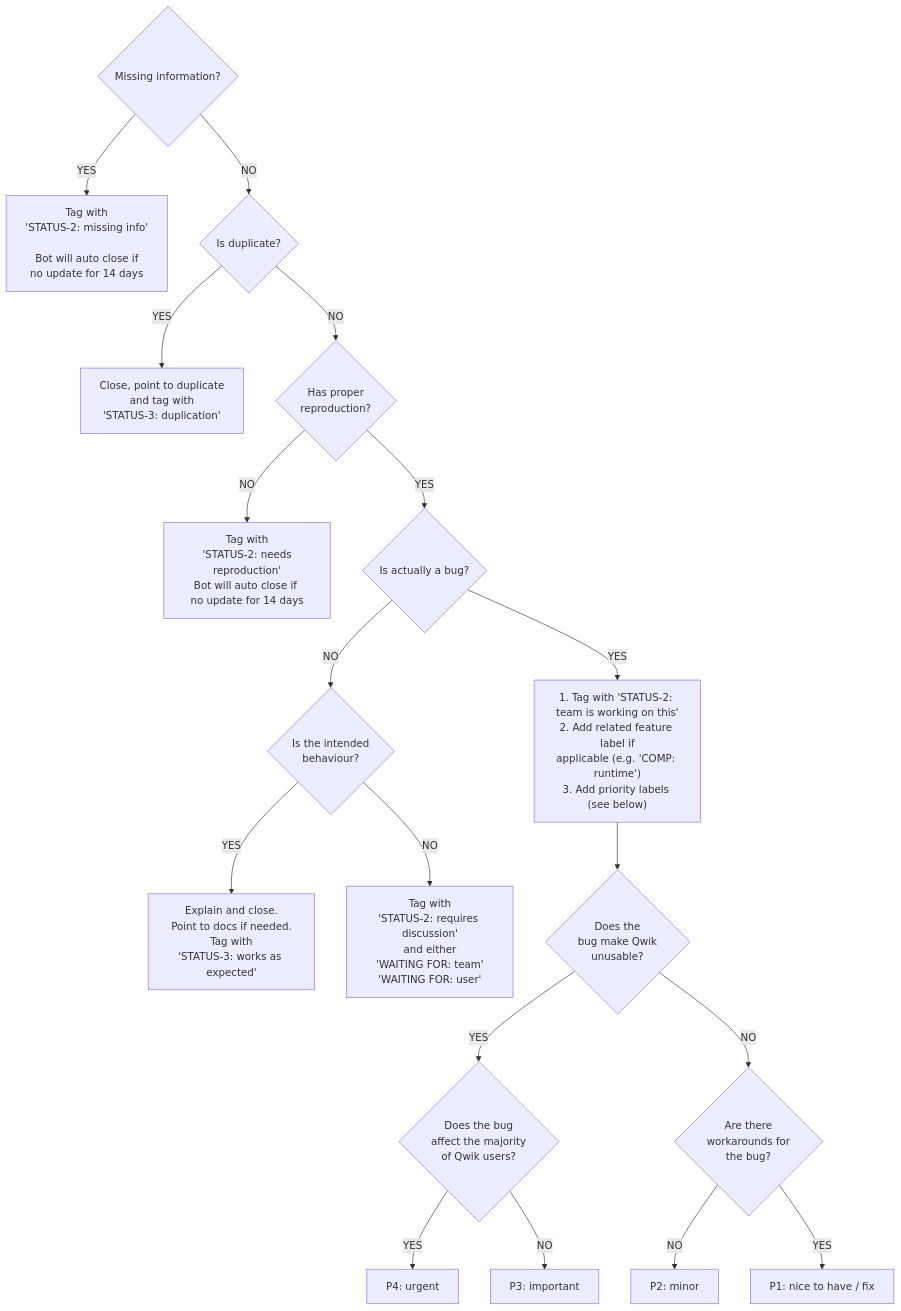
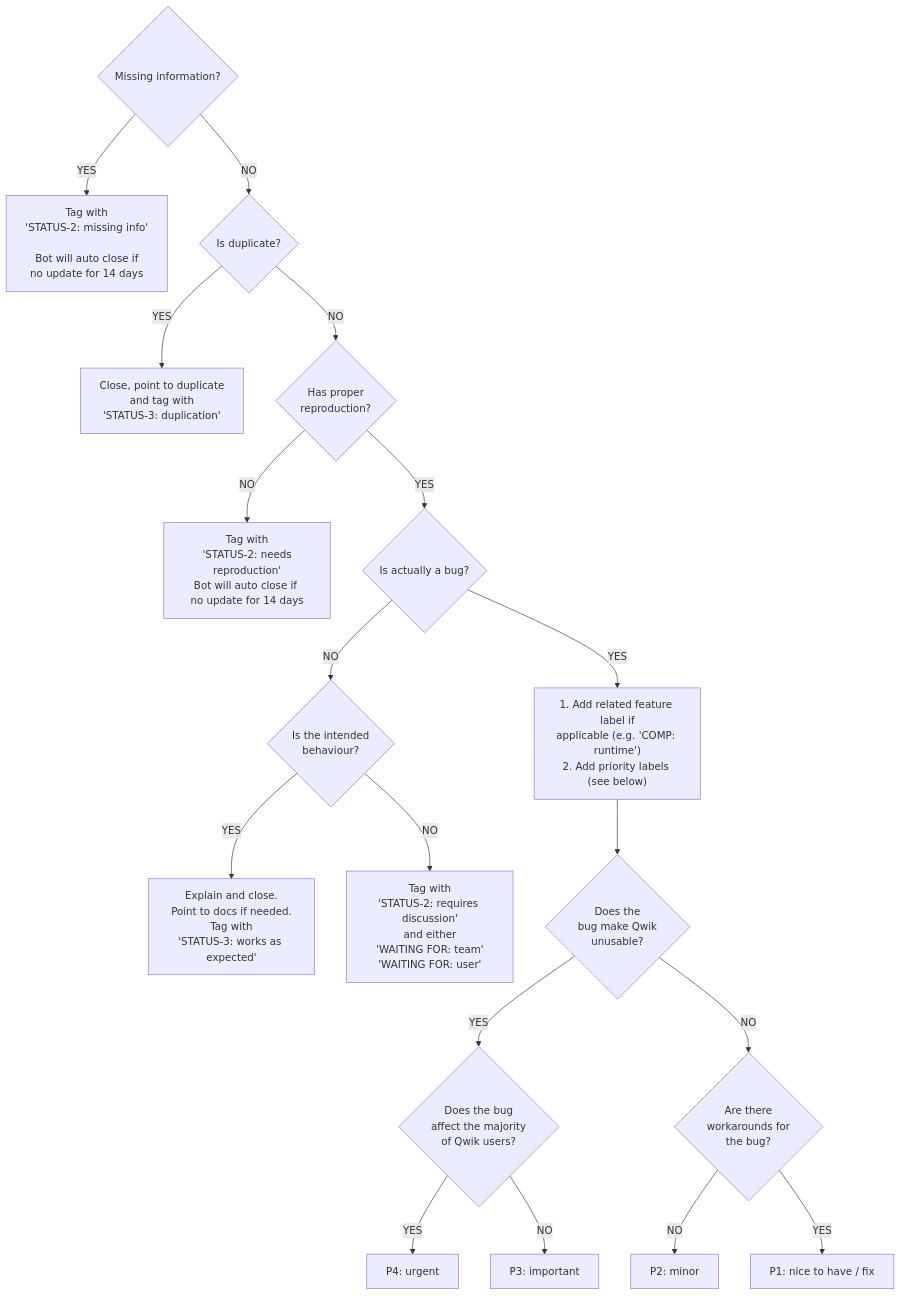
One commit to QwikDev/qwik changed the first of 2 diagrams in contributing/TRIAGE.md. Above: the diagram before and after it, drawn with Mermaid. The commit also changed other lines of this file, not shown here.

````diff
--- a/contributing/TRIAGE.md
+++ b/contributing/TRIAGE.md
@@ -23,21 +23,21 @@
 ```mermaid
 flowchart TD
     start{Missing information?}
     start --YES--> close1[Tag with\n'STATUS-2: missing info'\n\nBot will auto close if\n no update for 14 days]
     start --NO--> dupe{Is duplicate?}
     dupe --YES--> close2[Close, point to duplicate\n and tag with\n'STATUS-3: duplication']
     dupe --NO--> repro{Has proper\nreproduction?}
     repro --NO--> close3[Tag with\n 'STATUS-2: needs reproduction'\nBot will auto close if \nno update for 14 days]
     repro --YES--> real{Is actually a bug?}
     real --NO--> intended{Is the intended\nbehaviour?}
     intended --YES--> explain[Explain and close.\nPoint to docs if needed.\nTag with\n'STATUS-3: works as expected']
     intended --NO--> open[Tag with\n'STATUS-2: requires discussion'\nand either\n'WAITING FOR: team'\n'WAITING FOR: user']
-    real --YES--> real2["1. Tag with 'STATUS-2: team is working on this'\n2. Add related feature label if\napplicable (e.g. 'COMP: runtime')\n3. Add priority labels (see below)"]
+    real --YES--> real2["1. Add related feature label if\napplicable (e.g. 'COMP: runtime')\n2. Add priority labels (see below)"]
     real2 --> unusable{Does the\nbug make Qwik\nunusable?}
     unusable --YES--> maj{Does the bug\naffect the majority\nof Qwik users?}
     maj --YES--> P4[P4: urgent]
     maj --NO--> P3[P3: important]
     unusable --NO--> workarounds{Are there\nworkarounds for\nthe bug?}
     workarounds --NO--> P2[P2: minor]
     workarounds --YES--> P1[P1: nice to have / fix]
 ```
````
